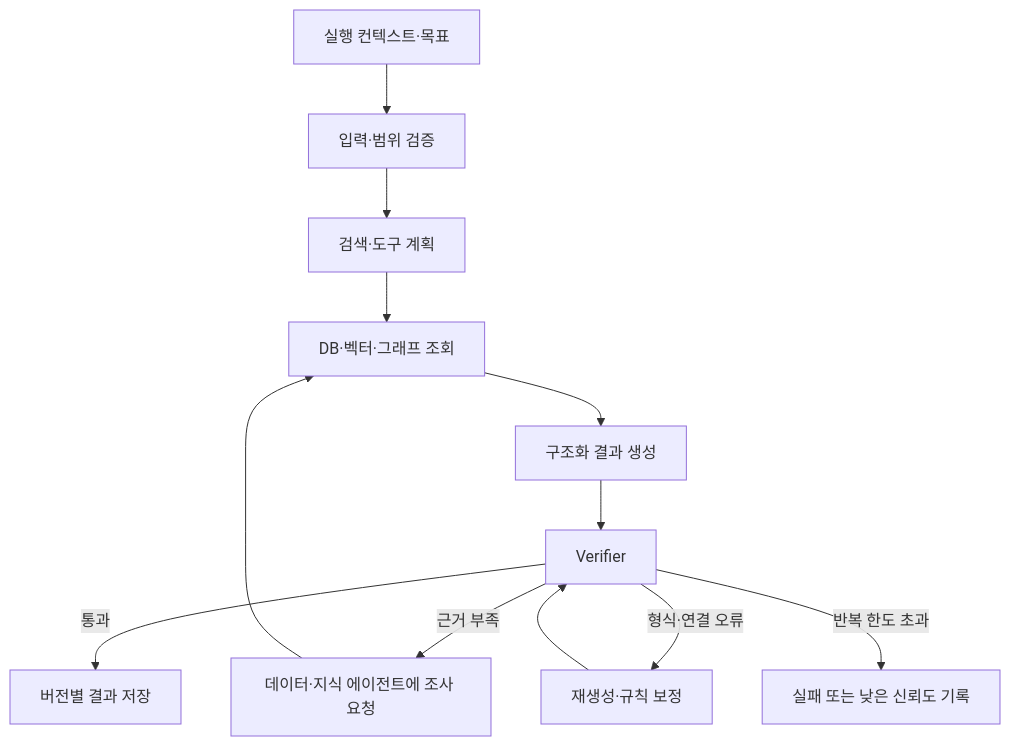
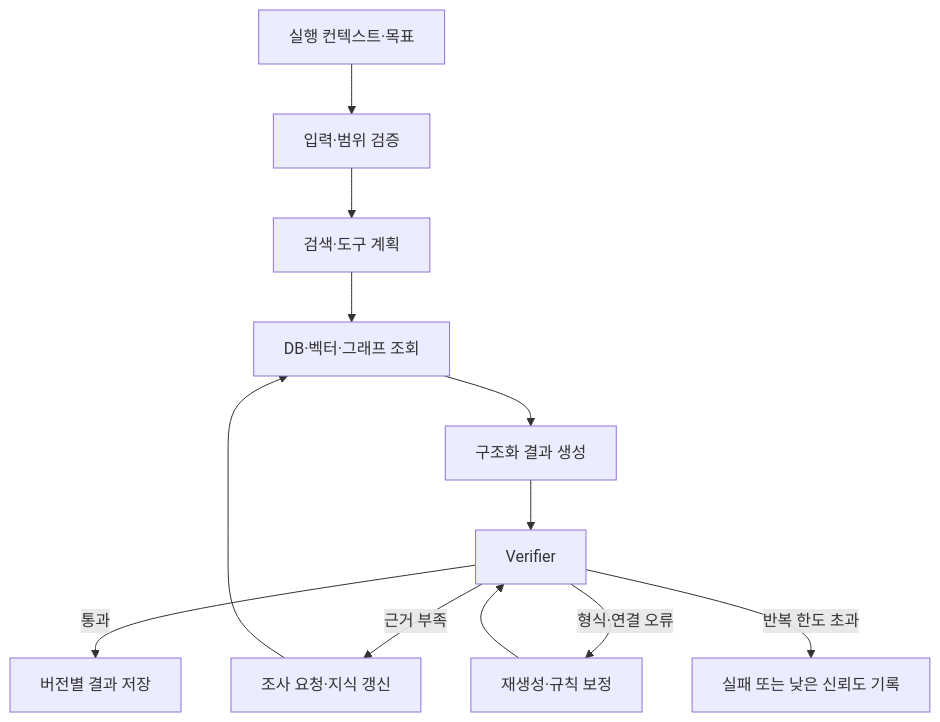
The first of 2 diagrams in docs/agent-design.md (Mureung1/hub-showcase), drawn with Mermaid before and after one commit. The commit also changed other lines of this file and 9 other files, not shown here.

Commit message:
docs: rename posting interpretation and refine architecture

````diff
--- a/docs/agent-design.md
+++ b/docs/agent-design.md
@@ -57,14 +57,14 @@
 ```mermaid
 flowchart TD
     INPUT["실행 컨텍스트·목표"] --> VALIDATE["입력·범위 검증"]
     VALIDATE --> PLAN["검색·도구 계획"]
     PLAN --> RETRIEVE["DB·벡터·그래프 조회"]
     RETRIEVE --> DRAFT["구조화 결과 생성"]
     DRAFT --> VERIFY["Verifier"]
     VERIFY -->|통과| STORE["버전별 결과 저장"]
-    VERIFY -->|근거 부족| RESEARCH["데이터·지식 에이전트에 조사 요청"]
+    VERIFY -->|근거 부족| RESEARCH["조사 요청·지식 갱신"]
     RESEARCH --> RETRIEVE
     VERIFY -->|형식·연결 오류| REVISE["재생성·규칙 보정"]
     REVISE --> VERIFY
     VERIFY -->|반복 한도 초과| FAIL["실패 또는 낮은 신뢰도 기록"]
 ```
````
